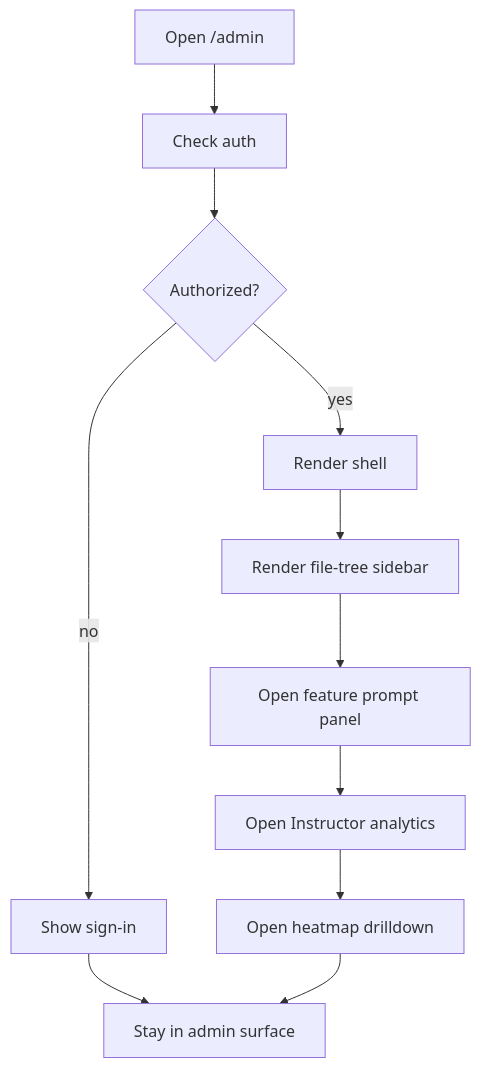
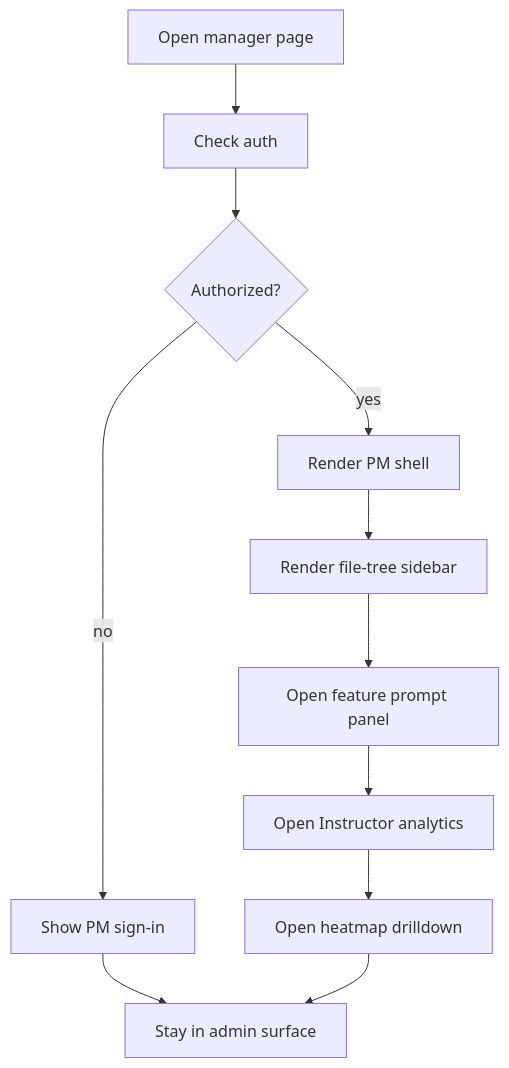
The diagram in docs/Codebase/Frontend/src/admin/AdminApp.tsx.md (JohnAndrewBalbarosa/NeoTerritory), drawn with Mermaid before and after one commit. The commit also changed other lines of this file and 23 other files, not shown here.

Commit message:
fix: clean project manager dashboard UI and remove admin wording

````diff
--- a/docs/Codebase/Frontend/src/admin/AdminApp.tsx.md
+++ b/docs/Codebase/Frontend/src/admin/AdminApp.tsx.md
@@ -33,16 +35,16 @@
 ```mermaid
 flowchart TD
-    Start["Open /admin"]
+    Start["Open manager page"]
     N0["Check auth"]
     D0{"Authorized?"}
-    N1["Show sign-in"]
-    N2["Render shell"]
+    N1["Show PM sign-in"]
+    N2["Render PM shell"]
     N3["Render file-tree sidebar"]
     N4["Open feature prompt panel"]
     N5["Open Instructor analytics"]
     N6["Open heatmap drilldown"]
     End["Stay in admin surface"]
     Start --> N0 --> D0
     D0 -->|no| N1 --> End
     D0 -->|yes| N2 --> N3 --> N4 --> N5 --> N6 --> End
 ```
````
